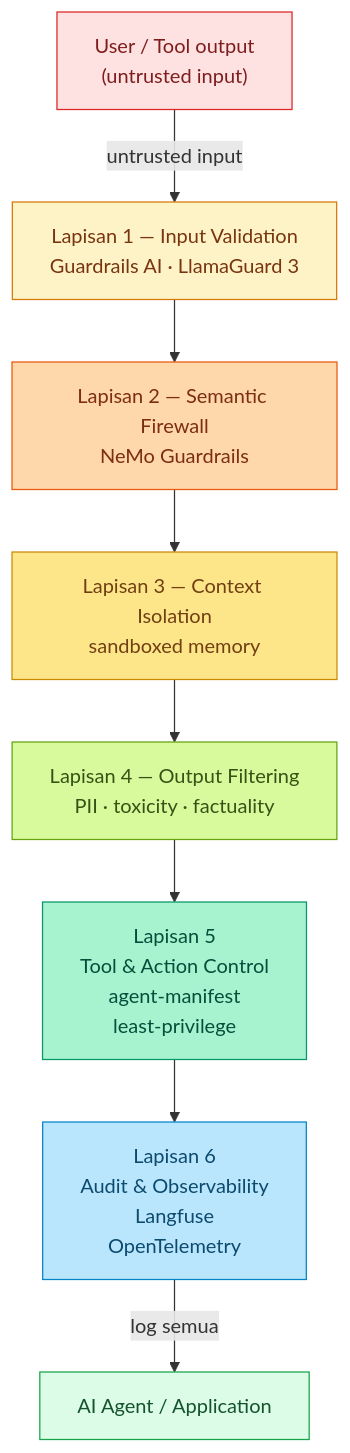
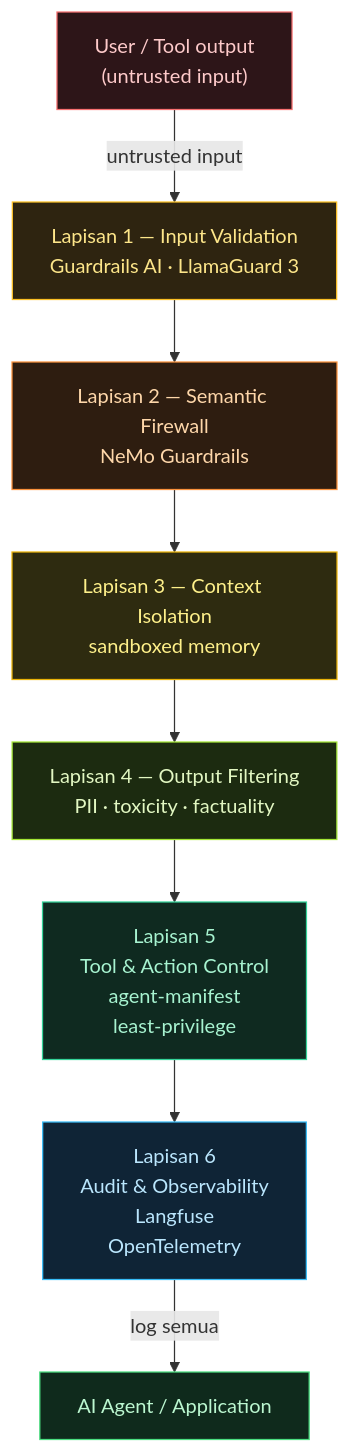
One commit to arifbazli/malay-tech-journal changed the first of 2 diagrams in src/content/posts/ms/age-02-6-lapisan.md. Above: the diagram before and after it, drawn with Mermaid. The commit also changed other lines of this file and 16 other files, not shown here.

First line of the commit message:
fix(mermaid): fix light-theme colors and rendering bugs across all diagrams

````diff
--- a/src/content/posts/ms/age-02-6-lapisan.md
+++ b/src/content/posts/ms/age-02-6-lapisan.md
@@ -51,28 +50,28 @@
 ```mermaid
 flowchart TB
   user["User / Tool output<br/>(untrusted input)"]:::input
   L1["Lapisan 1 — Input Validation<br/>Guardrails AI · LlamaGuard 3"]:::l1
   L2["Lapisan 2 — Semantic Firewall<br/>NeMo Guardrails"]:::l2
   L3["Lapisan 3 — Context Isolation<br/>sandboxed memory"]:::l3
   L4["Lapisan 4 — Output Filtering<br/>PII · toxicity · factuality"]:::l4
   L5["Lapisan 5<br/>Tool & Action Control<br/>agent-manifest<br/>least-privilege"]:::l5
   L6["Lapisan 6<br/>Audit & Observability<br/>Langfuse<br/>OpenTelemetry"]:::l6
   app["AI Agent / Application"]:::output
 
   user -->|"untrusted input"| L1
   L1 --> L2
   L2 --> L3
   L3 --> L4
   L4 --> L5
   L5 --> L6
   L6 -->|"log semua"| app
 
-  classDef input fill:#fee2e2,stroke:#dc2626,color:#7f1d1d
-  classDef output fill:#dcfce7,stroke:#16a34a,color:#14532d
-  classDef l1 fill:#fef3c7,stroke:#d97706,color:#78350f
-  classDef l2 fill:#fed7aa,stroke:#ea580c,color:#7c2d12
-  classDef l3 fill:#fde68a,stroke:#ca8a04,color:#713f12
-  classDef l4 fill:#d9f99d,stroke:#65a30d,color:#365314
-  classDef l5 fill:#a7f3d0,stroke:#059669,color:#064e3b
-  classDef l6 fill:#bae6fd,stroke:#0284c7,color:#0c4a6e
+  classDef input fill:#2d1518,stroke:#f87171,color:#fecaca
+  classDef output fill:#0f2a1c,stroke:#4ade80,color:#bbf7d0
+  classDef l1 fill:#2e2410,stroke:#fbbf24,color:#fde68a
+  classDef l2 fill:#2e1d10,stroke:#fb923c,color:#fed7aa
+  classDef l3 fill:#2e2b10,stroke:#eab308,color:#fef08a
+  classDef l4 fill:#1c2b10,stroke:#a3e635,color:#e2f7c2
+  classDef l5 fill:#0f2a20,stroke:#34d399,color:#a7f3d0
+  classDef l6 fill:#0f2436,stroke:#38bdf8,color:#bae6fd
 ```
````
